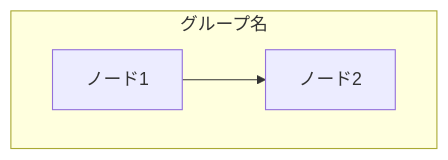
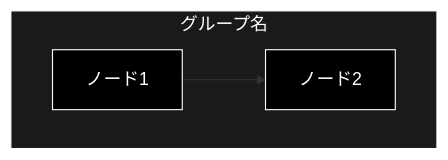
Before and after one commit to nakashima2toshio/grace_v2_local: the diagram in .claude/skills/grace-agent-docs/a_pages_md_format.md, drawn with Mermaid. The commit also changed other lines of this file and 5 other files, not shown here.

````diff
--- a/.claude/skills/grace-agent-docs/a_pages_md_format.md
+++ b/.claude/skills/grace-agent-docs/a_pages_md_format.md
@@ -829,8 +949,12 @@
 ```mermaid
 flowchart TB
     subgraph GroupName["グループ名"]
         A["ノード1"]
         B["ノード2"]
     end
     A --> B
+classDef default fill:#000,stroke:#fff,color:#fff
+classDef subgraphStyle fill:#1a1a1a,stroke:#fff,color:#fff
+class A,B default
+style GroupName fill:#1a1a1a,stroke:#fff,color:#fff
 ```
````
